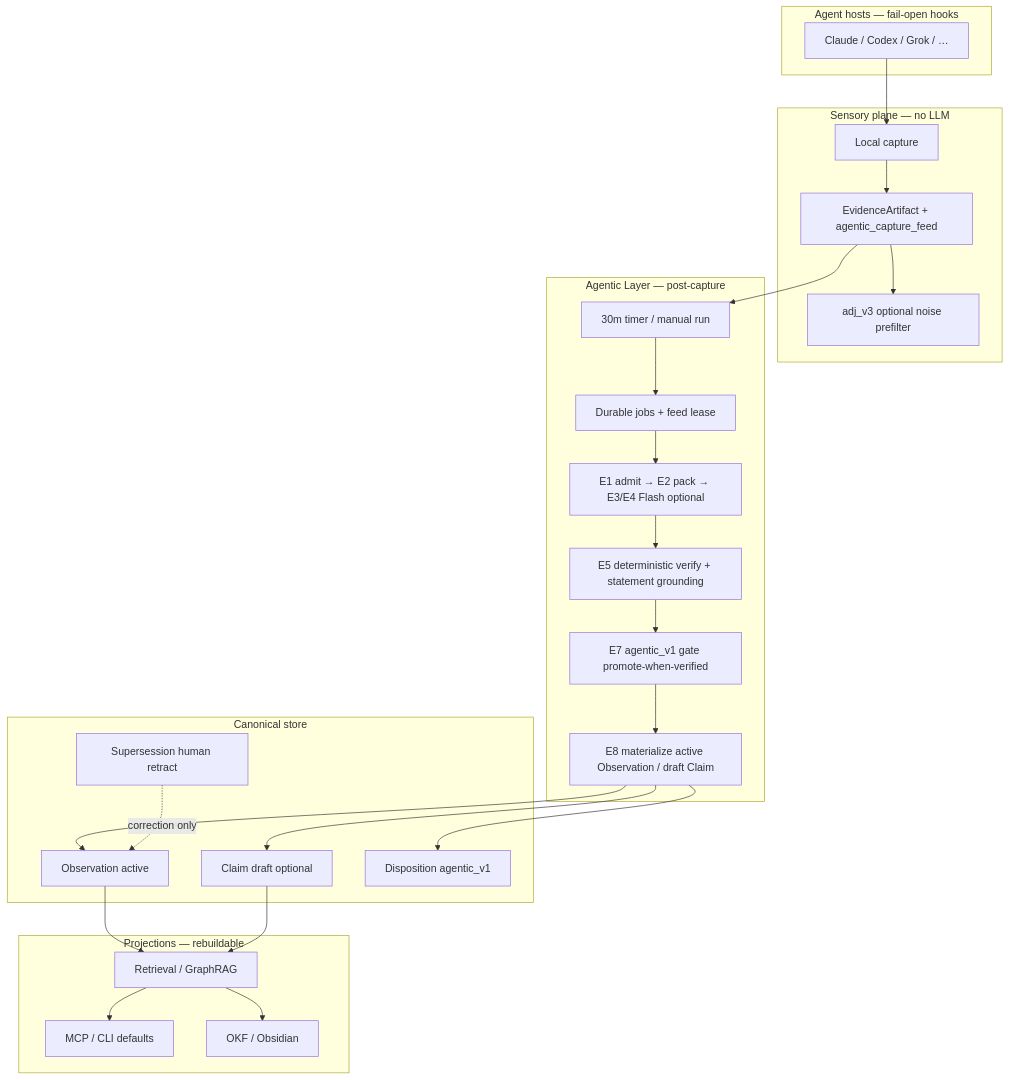
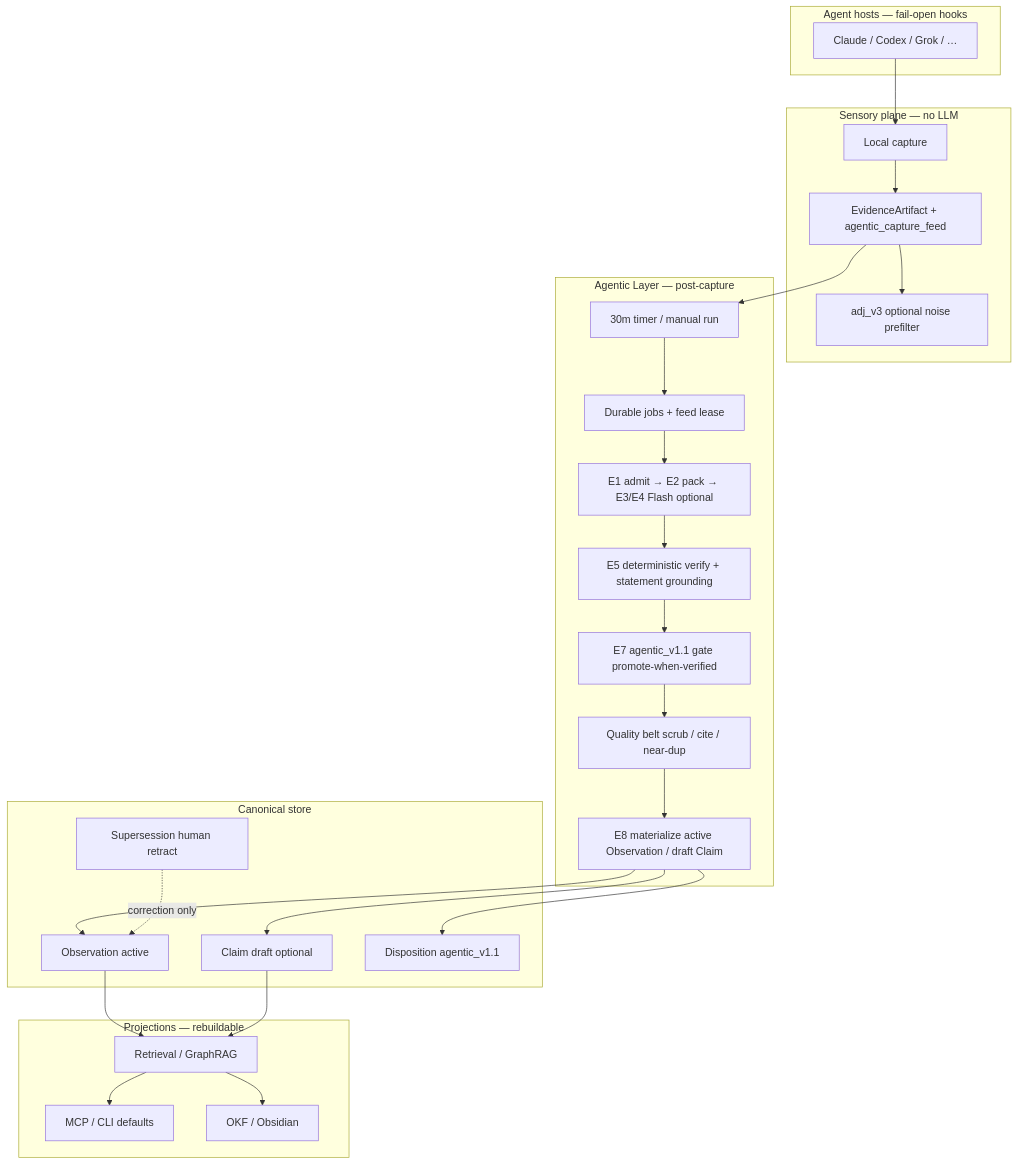
One commit to innocarpe/CarpeOS changed the first of 2 diagrams in docs/architecture/agentic-layer.md. Above: the diagram before and after it, drawn with Mermaid. The commit also changed other lines of this file and 10 other files, not shown here.

First line of the commit message:
docs: sync README EN/KO, PRD-v6, and architecture to 6.7.7 quality plane

````diff
--- a/docs/architecture/agentic-layer.md
+++ b/docs/architecture/agentic-layer.md
@@ -27,45 +28,46 @@
 ```mermaid
 flowchart TB
   subgraph hosts [Agent hosts — fail-open hooks]
     H[Claude / Codex / Grok / …]
   end
 
   subgraph capture [Sensory plane — no LLM]
     C[Local capture]
     E[EvidenceArtifact + agentic_capture_feed]
     A[adj_v3 optional noise prefilter]
   end
 
   subgraph agentic [Agentic Layer — post-capture]
     T[30m timer / manual run]
     J[Durable jobs + feed lease]
     S[E1 admit → E2 pack → E3/E4 Flash optional]
     V[E5 deterministic verify + statement grounding]
-    G[E7 agentic_v1 gate promote-when-verified]
+    G[E7 agentic_v1.1 gate promote-when-verified]
+    Q[Quality belt scrub / cite / near-dup]
     M[E8 materialize active Observation / draft Claim]
   end
 
   subgraph store [Canonical store]
     O[Observation active]
     CL[Claim draft optional]
-    D[Disposition agentic_v1]
+    D[Disposition agentic_v1.1]
     SUP[Supersession human retract]
   end
 
   subgraph proj [Projections — rebuildable]
     R[Retrieval / GraphRAG]
     MCP[MCP / CLI defaults]
     OKF[OKF / Obsidian]
   end
 
   H --> C --> E
   E --> A
-  E --> T --> J --> S --> V --> G --> M
+  E --> T --> J --> S --> V --> G --> Q --> M
   M --> O
   M --> CL
   M --> D
   SUP -.->|correction only| O
   O --> R --> MCP
   CL --> R
   R --> OKF
 ```
````
